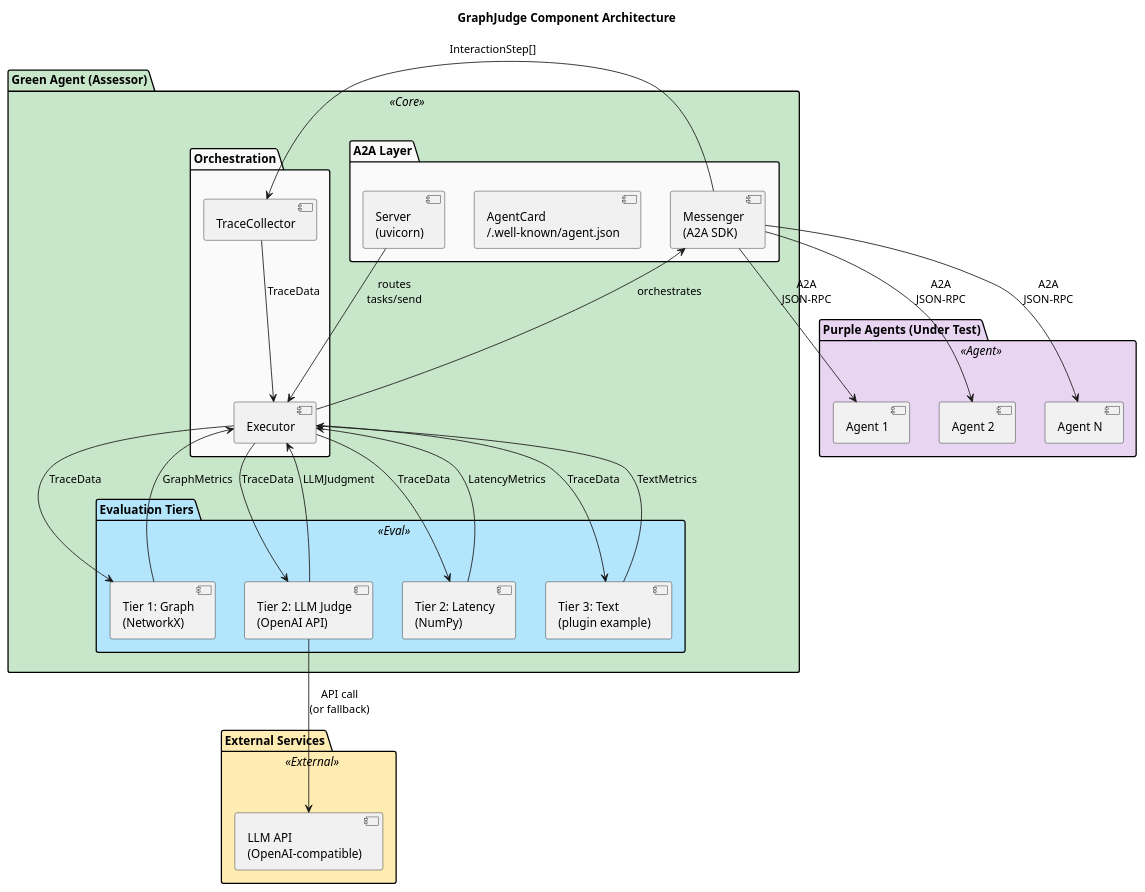
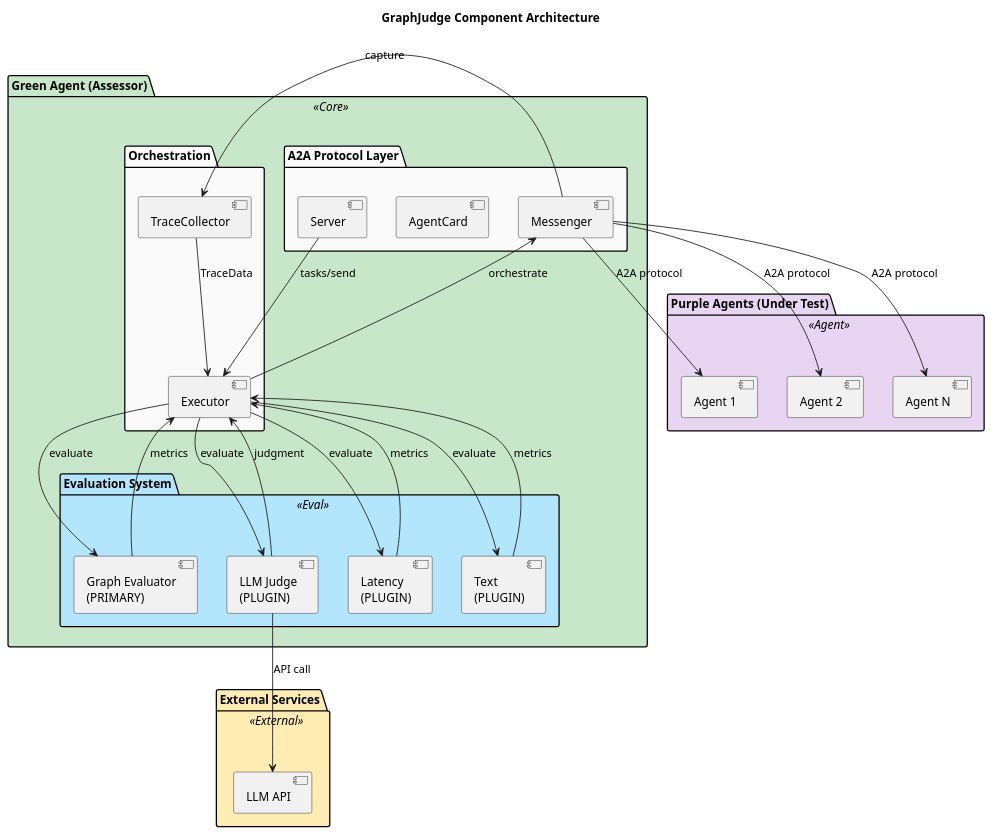
The diagram in docs/arch_vis/ComponentDiagram.puml (qte77/RDI-AgentBeats-MAS-GraphJudge), drawn with PlantUML before and after one commit. The commit also changed 5 other files, not shown here.

First line of the commit message:
docs: optimize architecture diagrams and add PNG exports

```diff
--- a/docs/arch_vis/ComponentDiagram.puml
+++ b/docs/arch_vis/ComponentDiagram.puml
@@ -1,70 +1,72 @@
 @startuml ComponentDiagram
 title GraphJudge Component Architecture
 
 skinparam component {
     BackgroundColor<<Agent>> #E8D5F2
     BackgroundColor<<Core>> #C8E6C9
     BackgroundColor<<Eval>> #B3E5FC
     BackgroundColor<<External>> #FFECB3
 }
 
 skinparam package {
     BackgroundColor #FAFAFA
 }
 
 package "Purple Agents (Under Test)" <<Agent>> #E8D5F2 {
     component [Agent 1] as P1
     component [Agent 2] as P2
     component [Agent N] as PN
 }
 
 package "Green Agent (Assessor)" <<Core>> #C8E6C9 {
 
-    package "A2A Layer" {
-        component [Server\n(uvicorn)] as Server
-        component [AgentCard\n/.well-known/agent.json] as Card
-        component [Messenger\n(A2A SDK)] as Messenger
+    package "A2A Protocol Layer" {
+        component [Server] as Server
+        component [AgentCard] as Card
+        component [Messenger] as Messenger
     }
 
     package "Orchestration" {
         component [Executor] as Executor
         component [TraceCollector] as Trace
     }
 
-    package "Evaluation Tiers" <<Eval>> #B3E5FC {
-        component [Tier 1: Graph\n(NetworkX)] as GraphEval
-        component [Tier 2: LLM Judge\n(OpenAI API)] as LLMEval
-        component [Tier 2: Latency\n(NumPy)] as LatencyEval
-        component [Tier 3: Text\n(plugin example)] as TextEval
+    package "Evaluation System" <<Eval>> #B3E5FC {
+        component [Graph Evaluator\n(PRIMARY)] as GraphEval
+        component [LLM Judge\n(PLUGIN)] as LLMEval
+        component [Latency\n(PLUGIN)] as LatencyEval
+        component [Text\n(PLUGIN)] as TextEval
     }
 }
 
 package "External Services" <<External>> #FFECB3 {
-    component [LLM API\n(OpenAI-compatible)] as LLMApi
+    component [LLM API] as LLMApi
 }
 
-' A2A Protocol connections
-Server --> Executor : routes\ntasks/send
-Executor --> Messenger : orchestrates
-Messenger --> P1 : A2A\nJSON-RPC
-Messenger --> P2 : A2A\nJSON-RPC
-Messenger --> PN : A2A\nJSON-RPC
+' Request flow
+Server --> Executor : tasks/send
+Executor --> Messenger : orchestrate
 
-' Trace flow
-Messenger --> Trace : InteractionStep[]
+' Purple Agent communication
+Messenger --> P1 : A2A protocol
+Messenger --> P2 : A2A protocol
+Messenger --> PN : A2A protocol
+
+' Trace collection
+Messenger --> Trace : capture
 Trace --> Executor : TraceData
 
-' Evaluation flow
-Executor --> GraphEval : TraceData
-Executor --> LLMEval : TraceData
-Executor --> LatencyEval : TraceData
-Executor --> TextEval : TraceData
-LLMEval --> LLMApi : API call\n(or fallback)
+' Evaluation
+Executor --> GraphEval : evaluate
+Executor --> LLMEval : evaluate
+Executor --> LatencyEval : evaluate
+Executor --> TextEval : evaluate
+LLMEval --> LLMApi : API call
 
-' Results flow
-GraphEval --> Executor : GraphMetrics
-LLMEval --> Executor : LLMJudgment
-LatencyEval --> Executor : LatencyMetrics
-TextEval --> Executor : TextMetrics
+' Results
+GraphEval --> Executor : metrics
+LLMEval --> Executor : judgment
+LatencyEval --> Executor : metrics
+TextEval --> Executor : metrics
 
 @enduml
```
